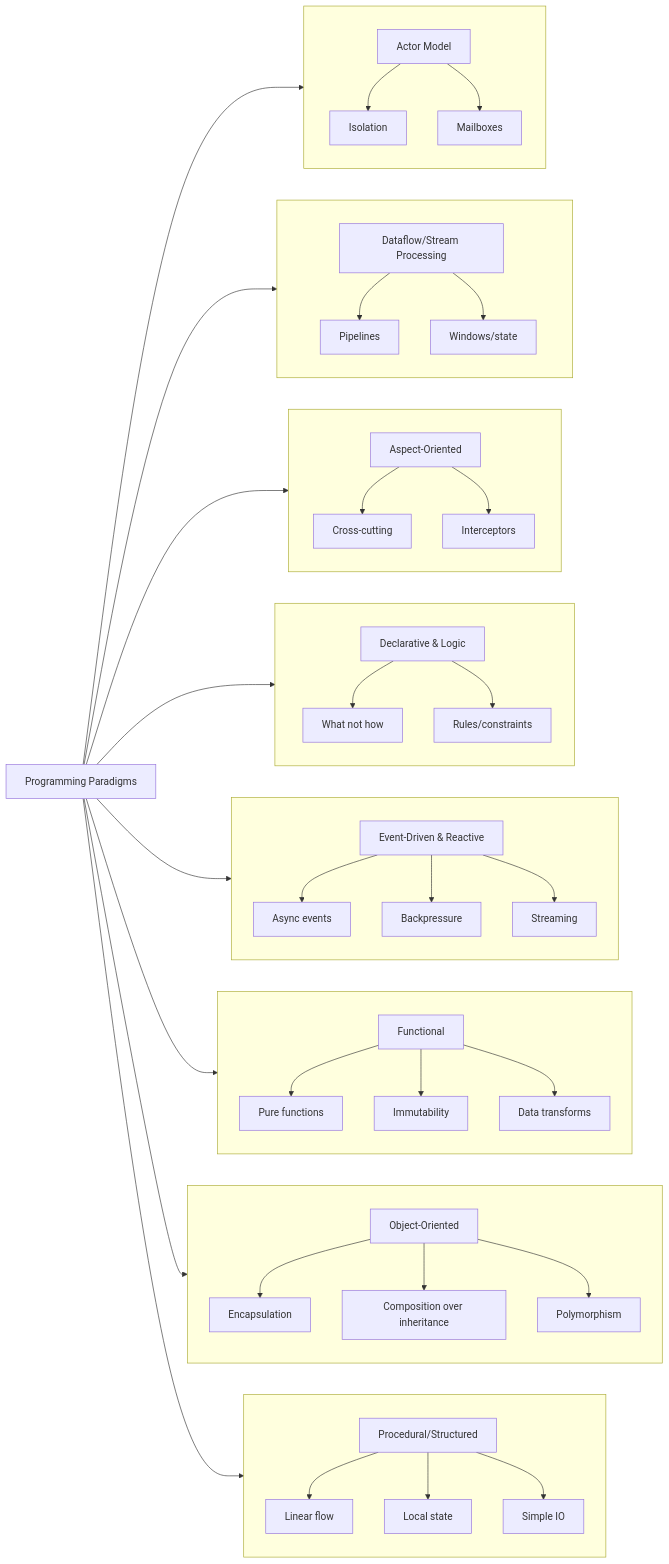
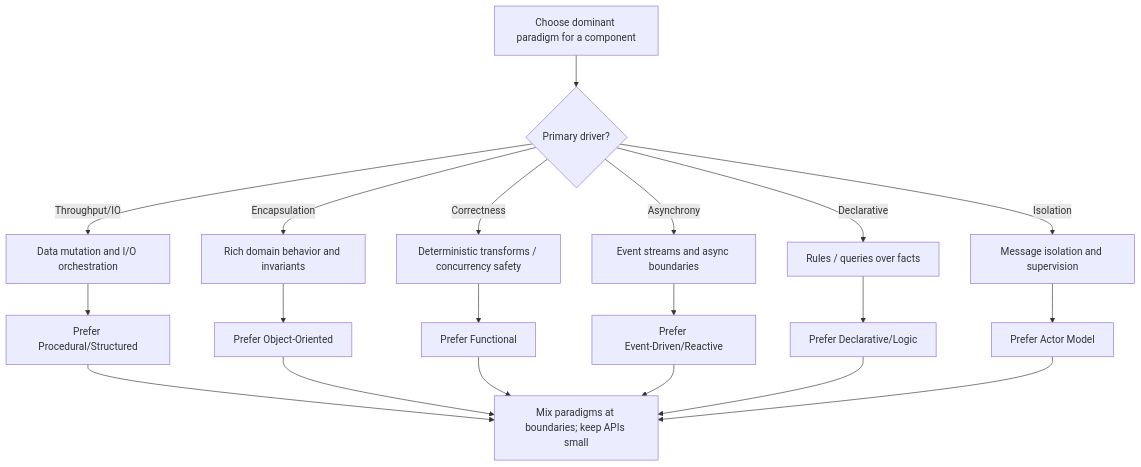
One commit to archman-dev/website changed the diagram in docs/foundational-concepts/programming-paradigms/index.mdx. Above: the diagram before and after it, drawn with Mermaid. The commit also changed other lines of this file and 26 other files, not shown here.

First line of the commit message:
feat(docs): update foundational concepts and programming paradigms documentation

````diff
--- a/docs/foundational-concepts/programming-paradigms/index.mdx
+++ b/docs/foundational-concepts/programming-paradigms/index.mdx
@@ -17,58 +21,33 @@
 ```mermaid
-flowchart LR
-    Root["Programming Paradigms"]
-    Root --> PS["Procedural/Structured"]
-    Root --> OO["Object-Oriented"]
-    Root --> F["Functional"]
-    Root --> EDR["Event-Driven & Reactive"]
-    Root --> DL["Declarative & Logic"]
-    Root --> AO["Aspect-Oriented"]
-    Root --> DFSP["Dataflow/Stream Processing"]
-    Root --> AM["Actor Model"]
+flowchart TB
+    Start["Choose dominant paradigm for a component"]
+    C1{"Primary driver?"}
+    P1["Data mutation and I/O orchestration"]
+    P2["Rich domain behavior and invariants"]
+    P3["Deterministic transforms / concurrency safety"]
+    P4["Event streams and async boundaries"]
+    P5["Rules / queries over facts"]
+    P6["Message isolation and supervision"]
 
-    %% Each category's concepts branch vertically (TB)
-    subgraph Procedural_Structured_TB[" "]
-      direction TB
-      PS --> PS1["Linear flow"]
-      PS --> PS2["Local state"]
-      PS --> PS3["Simple IO"]
-    end
-    subgraph Object_Oriented_TB[" "]
-      direction TB
-      OO --> OO1["Encapsulation"]
-      OO --> OO2["Composition over inheritance"]
-      OO --> OO3["Polymorphism"]
-    end
-    subgraph Functional_TB[" "]
-      direction TB
-      F --> F1["Pure functions"]
-      F --> F2["Immutability"]
-      F --> F3["Data transforms"]
-    end
-    subgraph Event_Driven_Reactive_TB[" "]
-      direction TB
-      EDR --> E1["Async events"]
-      EDR --> E2["Backpressure"]
-      EDR --> E3["Streaming"]
-    end
-    subgraph Declarative_Logic_TB[" "]
-      direction TB
-      DL --> D1["What not how"]
-      DL --> D2["Rules/constraints"]
-    end
-    subgraph Aspect_Oriented_TB[" "]
-      direction TB
-      AO --> A1["Cross-cutting"]
-      AO --> A2["Interceptors"]
-    end
-    subgraph Dataflow_Stream_Processing_TB[" "]
-      direction TB
-      DFSP --> DF1["Pipelines"]
-      DFSP --> DF2["Windows/state"]
-    end
-    subgraph Actor_Model_TB[" "]
-      direction TB
-      AM --> AM1["Isolation"]
-      AM --> AM2["Mailboxes"]
-    end
+    Start --> C1
+    C1 -- "Throughput/IO" --> P1
+    C1 -- "Encapsulation" --> P2
+    C1 -- "Correctness" --> P3
+    C1 -- "Asynchrony" --> P4
+    C1 -- "Declarative" --> P5
+    C1 -- "Isolation" --> P6
+
+    P1 --> R1["Prefer Procedural/Structured"]
+    P2 --> R2["Prefer Object‑Oriented"]
+    P3 --> R3["Prefer Functional"]
+    P4 --> R4["Prefer Event‑Driven/Reactive"]
+    P5 --> R5["Prefer Declarative/Logic"]
+    P6 --> R6["Prefer Actor Model"]
+
+    R1 --> Note["Mix paradigms at boundaries; keep APIs small"]
+    R2 --> Note
+    R3 --> Note
+    R4 --> Note
+    R5 --> Note
+    R6 --> Note
 ```
````
